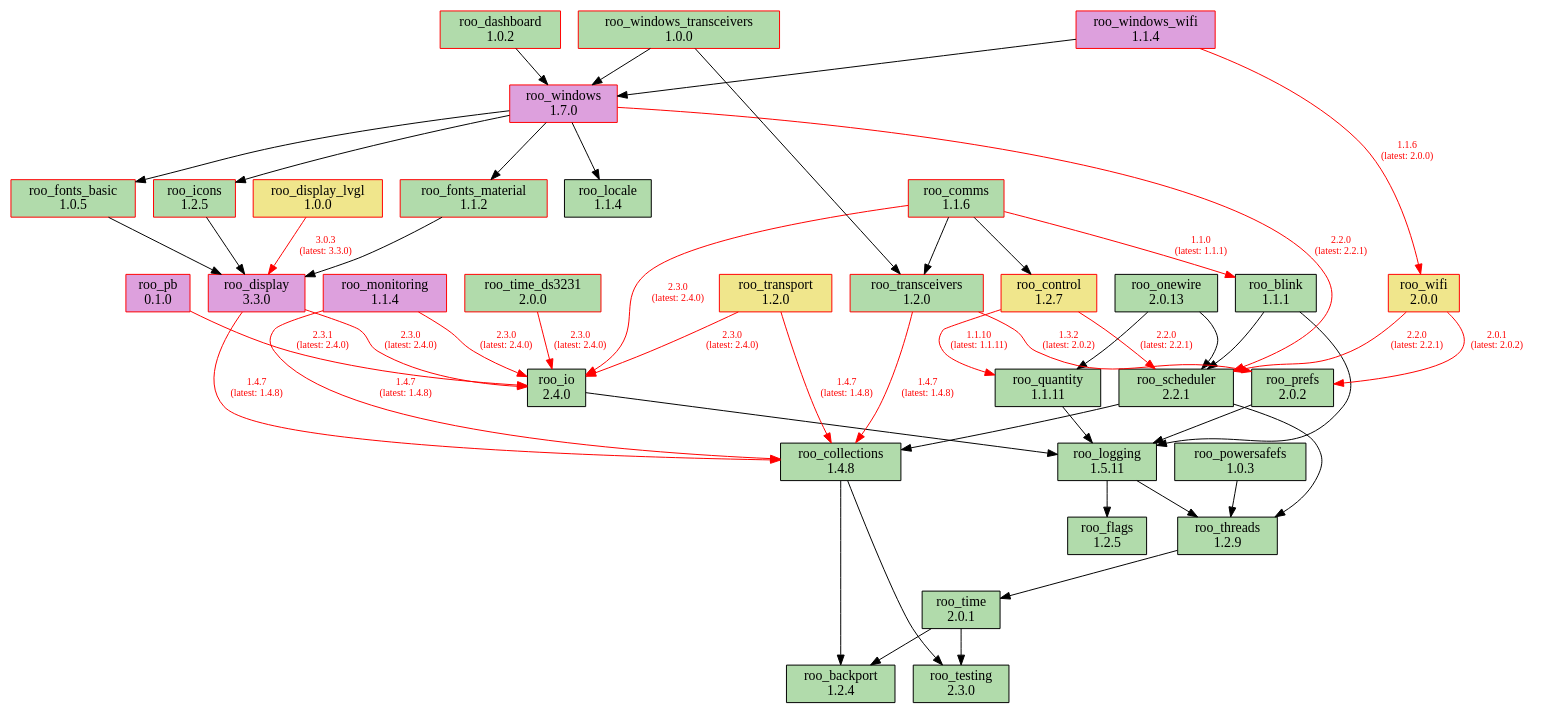
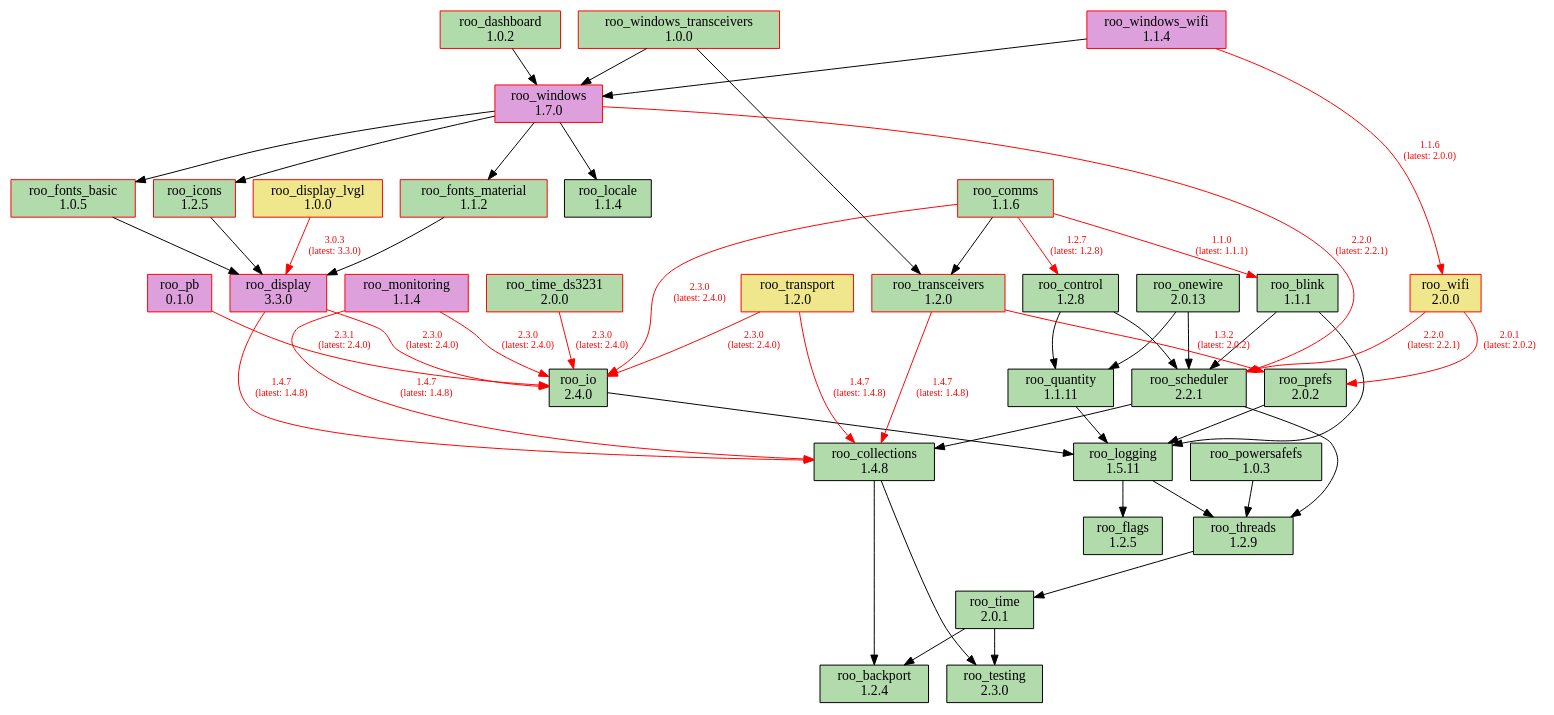
Before and after one commit to dejwk/roo-registry: the diagram in doc/dependencies.dot, drawn with Graphviz. The commit also changed 3 other files, not shown here.

Commit message:
Added roo_control 1.2.8 to the registry.

```diff
--- a/doc/dependencies.dot
+++ b/doc/dependencies.dot
@@ -1,90 +1,90 @@
 digraph dependencies {
     rankdir=TB;
     node [shape=box, style=filled];
     edge [fontsize=10];
 
     // Modules
     "roo_backport" [label="roo_backport\n1.2.4", fillcolor="#b1dbab", color="black"];
     "roo_blink" [label="roo_blink\n1.1.1", fillcolor="#b1dbab", color="black"];
     "roo_collections" [label="roo_collections\n1.4.8", fillcolor="#b1dbab", color="black"];
     "roo_comms" [label="roo_comms\n1.1.6", fillcolor="#b1dbab", color="red"];
-    "roo_control" [label="roo_control\n1.2.7", fillcolor="khaki", color="red"];
+    "roo_control" [label="roo_control\n1.2.8", fillcolor="#b1dbab", color="black"];
     "roo_dashboard" [label="roo_dashboard\n1.0.2", fillcolor="#b1dbab", color="red"];
     "roo_display" [label="roo_display\n3.3.0", fillcolor="plum", color="red"];
     "roo_display_lvgl" [label="roo_display_lvgl\n1.0.0", fillcolor="khaki", color="red"];
     "roo_flags" [label="roo_flags\n1.2.5", fillcolor="#b1dbab", color="black"];
     "roo_fonts_basic" [label="roo_fonts_basic\n1.0.5", fillcolor="#b1dbab", color="red"];
     "roo_fonts_material" [label="roo_fonts_material\n1.1.2", fillcolor="#b1dbab", color="red"];
     "roo_icons" [label="roo_icons\n1.2.5", fillcolor="#b1dbab", color="red"];
     "roo_io" [label="roo_io\n2.4.0", fillcolor="#b1dbab", color="black"];
     "roo_locale" [label="roo_locale\n1.1.4", fillcolor="#b1dbab", color="black"];
     "roo_logging" [label="roo_logging\n1.5.11", fillcolor="#b1dbab", color="black"];
     "roo_monitoring" [label="roo_monitoring\n1.1.4", fillcolor="plum", color="red"];
     "roo_onewire" [label="roo_onewire\n2.0.13", fillcolor="#b1dbab", color="black"];
     "roo_pb" [label="roo_pb\n0.1.0", fillcolor="plum", color="red"];
     "roo_powersafefs" [label="roo_powersafefs\n1.0.3", fillcolor="#b1dbab", color="black"];
     "roo_prefs" [label="roo_prefs\n2.0.2", fillcolor="#b1dbab", color="black"];
     "roo_quantity" [label="roo_quantity\n1.1.11", fillcolor="#b1dbab", color="black"];
     "roo_scheduler" [label="roo_scheduler\n2.2.1", fillcolor="#b1dbab", color="black"];
     "roo_testing" [label="roo_testing\n2.3.0", fillcolor="#b1dbab", color="black"];
     "roo_threads" [label="roo_threads\n1.2.9", fillcolor="#b1dbab", color="black"];
     "roo_time" [label="roo_time\n2.0.1", fillcolor="#b1dbab", color="black"];
     "roo_time_ds3231" [label="roo_time_ds3231\n2.0.0", fillcolor="#b1dbab", color="red"];
     "roo_transceivers" [label="roo_transceivers\n1.2.0", fillcolor="#b1dbab", color="red"];
     "roo_transport" [label="roo_transport\n1.2.0", fillcolor="khaki", color="red"];
     "roo_wifi" [label="roo_wifi\n2.0.0", fillcolor="khaki", color="red"];
     "roo_windows" [label="roo_windows\n1.7.0", fillcolor="plum", color="red"];
     "roo_windows_transceivers" [label="roo_windows_transceivers\n1.0.0", fillcolor="#b1dbab", color="red"];
     "roo_windows_wifi" [label="roo_windows_wifi\n1.1.4", fillcolor="plum", color="red"];
 
     // Dependencies
     "roo_blink" -> "roo_logging";
     "roo_blink" -> "roo_scheduler";
     "roo_collections" -> "roo_testing";
     "roo_collections" -> "roo_backport";
     "roo_comms" -> "roo_blink" [color=red, fontcolor=red, label="1.1.0\n(latest: 1.1.1)"];
-    "roo_comms" -> "roo_control";
+    "roo_comms" -> "roo_control" [color=red, fontcolor=red, label="1.2.7\n(latest: 1.2.8)"];
     "roo_comms" -> "roo_io" [color=red, fontcolor=red, label="2.3.0\n(latest: 2.4.0)"];
     "roo_comms" -> "roo_transceivers";
-    "roo_control" -> "roo_quantity" [color=red, fontcolor=red, label="1.1.10\n(latest: 1.1.11)"];
-    "roo_control" -> "roo_scheduler" [color=red, fontcolor=red, label="2.2.0\n(latest: 2.2.1)"];
+    "roo_control" -> "roo_quantity";
+    "roo_control" -> "roo_scheduler";
     "roo_dashboard" -> "roo_windows";
     "roo_display" -> "roo_collections" [color=red, fontcolor=red, label="1.4.7\n(latest: 1.4.8)"];
     "roo_display" -> "roo_io" [color=red, fontcolor=red, label="2.3.0\n(latest: 2.4.0)"];
     "roo_display_lvgl" -> "roo_display" [color=red, fontcolor=red, label="3.0.3\n(latest: 3.3.0)"];
     "roo_fonts_basic" -> "roo_display";
     "roo_fonts_material" -> "roo_display";
     "roo_icons" -> "roo_display";
     "roo_io" -> "roo_logging";
     "roo_logging" -> "roo_flags";
     "roo_logging" -> "roo_threads";
     "roo_monitoring" -> "roo_collections" [color=red, fontcolor=red, label="1.4.7\n(latest: 1.4.8)"];
     "roo_monitoring" -> "roo_io" [color=red, fontcolor=red, label="2.3.0\n(latest: 2.4.0)"];
     "roo_onewire" -> "roo_scheduler";
     "roo_onewire" -> "roo_quantity";
     "roo_pb" -> "roo_io" [color=red, fontcolor=red, label="2.3.1\n(latest: 2.4.0)"];
     "roo_powersafefs" -> "roo_threads";
     "roo_prefs" -> "roo_logging";
     "roo_quantity" -> "roo_logging";
     "roo_scheduler" -> "roo_collections";
     "roo_scheduler" -> "roo_threads";
     "roo_threads" -> "roo_time";
     "roo_time" -> "roo_testing";
     "roo_time" -> "roo_backport";
     "roo_time_ds3231" -> "roo_io" [color=red, fontcolor=red, label="2.3.0\n(latest: 2.4.0)"];
     "roo_transceivers" -> "roo_collections" [color=red, fontcolor=red, label="1.4.7\n(latest: 1.4.8)"];
     "roo_transceivers" -> "roo_prefs" [color=red, fontcolor=red, label="1.3.2\n(latest: 2.0.2)"];
     "roo_transport" -> "roo_collections" [color=red, fontcolor=red, label="1.4.7\n(latest: 1.4.8)"];
     "roo_transport" -> "roo_io" [color=red, fontcolor=red, label="2.3.0\n(latest: 2.4.0)"];
     "roo_wifi" -> "roo_prefs" [color=red, fontcolor=red, label="2.0.1\n(latest: 2.0.2)"];
     "roo_wifi" -> "roo_scheduler" [color=red, fontcolor=red, label="2.2.0\n(latest: 2.2.1)"];
     "roo_windows" -> "roo_fonts_basic";
     "roo_windows" -> "roo_fonts_material";
     "roo_windows" -> "roo_locale";
     "roo_windows" -> "roo_icons";
     "roo_windows" -> "roo_scheduler" [color=red, fontcolor=red, label="2.2.0\n(latest: 2.2.1)"];
     "roo_windows_transceivers" -> "roo_transceivers";
     "roo_windows_transceivers" -> "roo_windows";
     "roo_windows_wifi" -> "roo_wifi" [color=red, fontcolor=red, label="1.1.6\n(latest: 2.0.0)"];
     "roo_windows_wifi" -> "roo_windows";
 }
```
